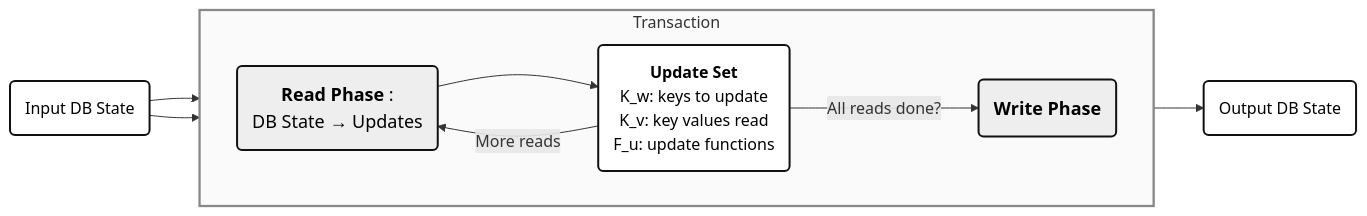
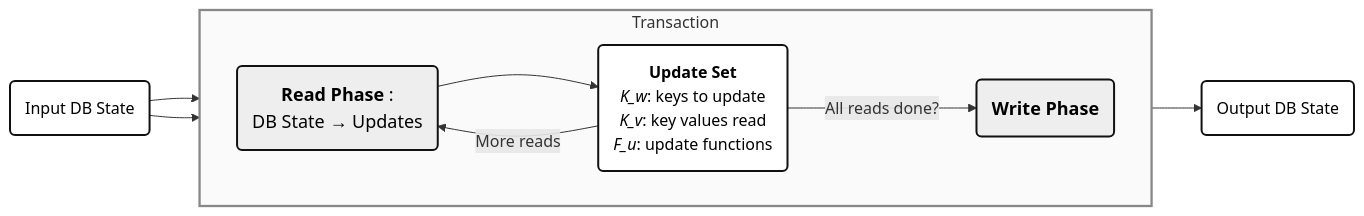
The diagram in _posts/2026-05-25-transactional-programming.md (will62794/will62794.github.io), drawn with Mermaid before and after one commit. The commit also changed other lines of this file, not shown here.

````diff
--- a/_posts/2026-05-25-transactional-programming.md
+++ b/_posts/2026-05-25-transactional-programming.md
@@ -206,25 +206,25 @@
 ```mermaid
 flowchart LR
     %% Black and White Style
     %% Use sharp edges, grayscale fills, and monochrome arrows/nodes
 
     %% Define style classes for black/white mode
     classDef bwNode fill:#fff,stroke:#111,color:#000,stroke-width:2px
     classDef bwEmph fill:#eee,stroke:#111,color:#000,stroke-width:2px,font-size:18px;
     classDef bwBox fill:#fff,stroke:#888,stroke-width:2px,color:#111
 
     A(Input DB State):::bwNode --> B
-    B(<b>Read Phase</b> : <br> DB State → Updates):::bwEmph --> C(<b>Update Set</b> <br> K_w: keys to update <br> K_v: key values read <br> F_u: update functions):::bwNode
+    B(<b>Read Phase</b> : <br> DB State → Updates):::bwEmph --> C(<b>Update Set</b> <br> <i>K_w</i>: keys to update <br> <i>K_v</i>: key values read <br> <i>F_u</i>: update functions):::bwNode
     B2 --> D(Output DB State):::bwNode
     A --> B2
     C -- More reads--> B
 
     subgraph Transaction["Transaction"]
         direction LR
         B2(<b>Write Phase</b>):::bwEmph
         C -- All reads done? --> B2
         B
         C
         style Transaction fill:#fafafa,stroke:#888,stroke-width:2.3px
     end
 ```
````
